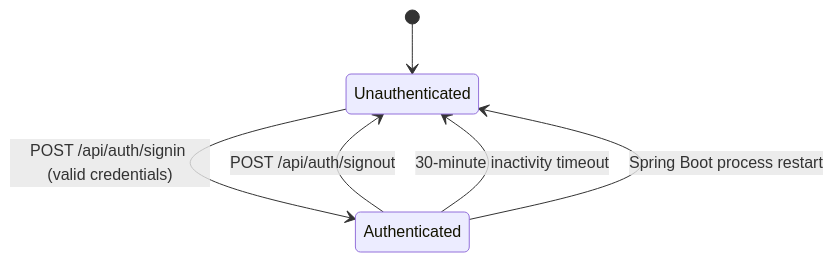
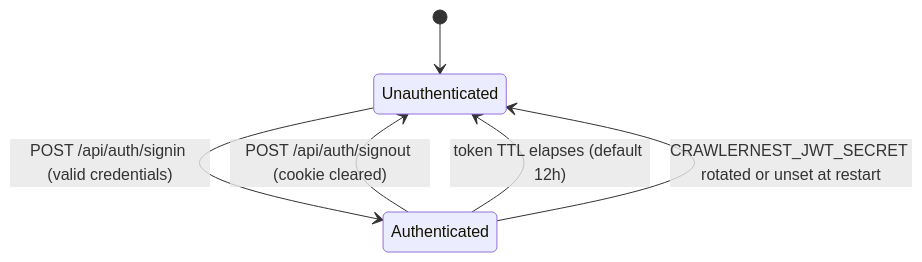
The seventh of 9 diagrams in docs/DATA_FLOW.md (heinricitorgau/CrawlerNest), drawn with Mermaid before and after one commit. The commit also changed other lines of this file and 26 other files, not shown here.

````diff
--- a/docs/DATA_FLOW.md
+++ b/docs/DATA_FLOW.md
@@ -236,8 +236,8 @@
 ```mermaid
 stateDiagram-v2
     [*] --> Unauthenticated
     Unauthenticated --> Authenticated : POST /api/auth/signin (valid credentials)
-    Authenticated --> Unauthenticated : POST /api/auth/signout
-    Authenticated --> Unauthenticated : 30-minute inactivity timeout
-    Authenticated --> Unauthenticated : Spring Boot process restart
+    Authenticated --> Unauthenticated : POST /api/auth/signout (cookie cleared)
+    Authenticated --> Unauthenticated : token TTL elapses (default 12h)
+    Authenticated --> Unauthenticated : CRAWLERNEST_JWT_SECRET rotated or unset at restart
 ```
````
